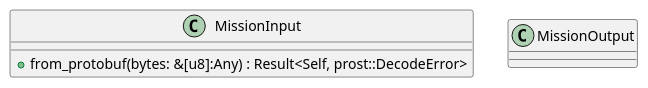
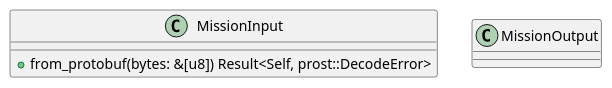
The first of 6 diagrams in openwiki/crates_factory_application_src_workflows_autonomous_mission.md (lgcorzo/rust_CACD_autonomous_factory), drawn with PlantUML before and after one commit. The commit also changed other lines of this file and 97 other files, not shown here.

First line of the commit message:
Fix Rust AST parsing for method and function parameters, and update OKF UML frontmatter

````diff
--- a/openwiki/crates_factory_application_src_workflows_autonomous_mission.md
+++ b/openwiki/crates_factory_application_src_workflows_autonomous_mission.md
@@ -126,10 +131,10 @@
 ```plantuml
 @startuml
 class MissionInput {
-    +from_protobuf(bytes: &[u8]:Any) : Result<Self, prost::DecodeError>
+    +from_protobuf(bytes: &[u8]) Result<Self, prost::DecodeError>
 }
 class MissionOutput {
 }
 @enduml
 
 ```
````
